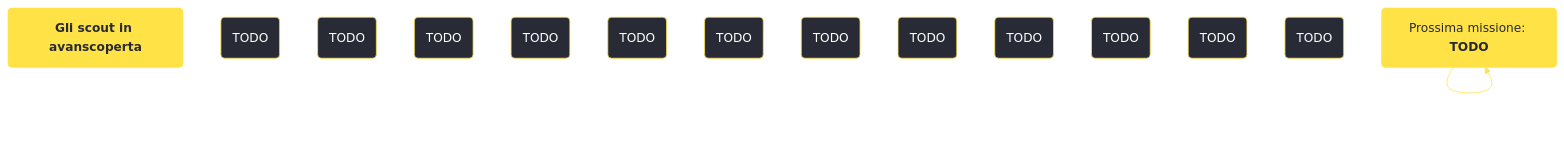
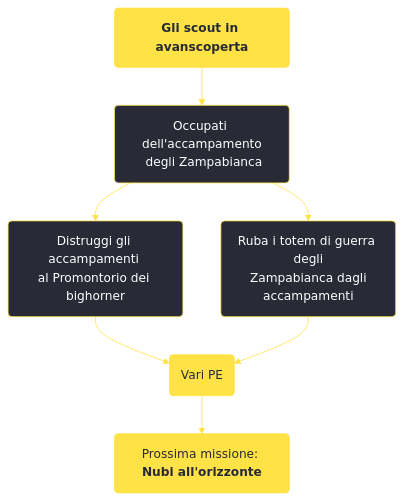
One commit to persy/wastelander changed the diagram in content/voci/fallout new vegas/missioni/Gli scout in avanscoperta.md. Above: the diagram before and after it, drawn with Mermaid. The commit also changed 174 other files, not shown here.

````diff
--- a/content/voci/fallout new vegas/missioni/Gli scout in avanscoperta.md
+++ b/content/voci/fallout new vegas/missioni/Gli scout in avanscoperta.md
@@ -32,24 +32,16 @@
 ```mermaid
 %%{init: {'theme': 'base', 'themeVariables': { 'primaryColor': '#282a36', 'primaryBorderColor': '#ffe245', 'primaryTextColor': '#fff', 'lineColor': '#ffe245', 'fontFamily': 'Jura'}}}%%
 graph TD;
     id1(<b>Gli scout in avanscoperta</b>):::questfnv
-    id2(TODO)
-    id3(TODO)
-    id4(TODO)
-    id5(TODO)
-    id6(TODO)
-    id7(TODO) 
-    id8(TODO)
-    id9(TODO)
-    id10(TODO)
-    id11(TODO)
-    id12(TODO)
-    id13(TODO) 
-    id(TODO):::rewardfnv
-    id(Prossima missione: <b>TODO</b>):::questfnv
-    id-->id-->id-->id-->id-->id-->id
+    id2(Occupati dell'accampamento<br /> degli Zampabianca)
+    id3(Distruggi gli accampamenti <br />al Promontorio dei bighorner)
+    id4(Ruba i totem di guerra degli<br /> Zampabianca dagli accampamenti)
+    id5(Vari PE):::rewardfnv
+    id6(Prossima missione: <b>Nubi all'orizzonte</b>):::questfnv
     
-    click id "../TODO"
+    id1-->id2-->id3 & id4-->id5-->id6
+    
+    click id6 "../nubi-allorizzonte"
     classDef rewardfnv fill:#ffe245, stroke:#ffe245, color:#282a36;
     classDef questfnv fill:#ffe245, stroke:#ffe245, color:#282a36;
 ```
````
